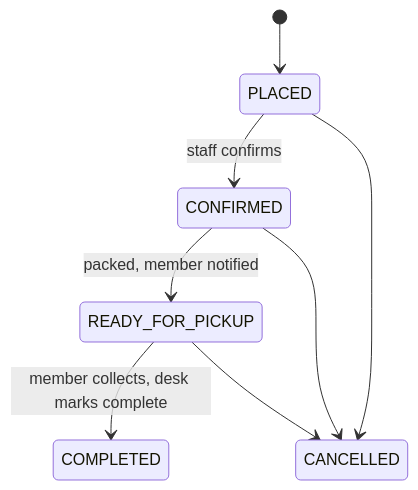
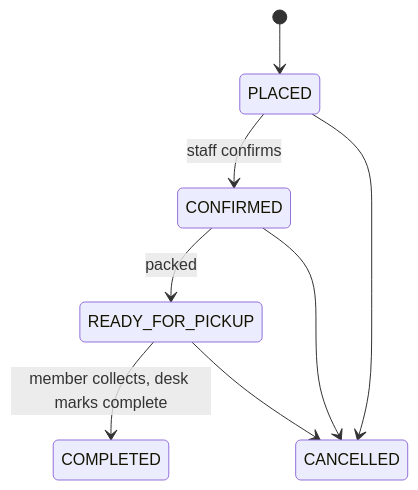
The tenth of 18 diagrams in docs/workflows/USER_FLOWS.md (OjasPurohit/Meridian-Bay), drawn with Mermaid before and after one commit. The commit also changed other lines of this file and 276 other files, not shown here.

````diff
--- a/docs/workflows/USER_FLOWS.md
+++ b/docs/workflows/USER_FLOWS.md
@@ -245,10 +209,10 @@
 ```mermaid
 stateDiagram-v2
   [*] --> PLACED
   PLACED --> CONFIRMED : staff confirms
-  CONFIRMED --> READY_FOR_PICKUP : packed, member notified
+  CONFIRMED --> READY_FOR_PICKUP : packed
   READY_FOR_PICKUP --> COMPLETED : member collects, desk marks complete
   PLACED --> CANCELLED
   CONFIRMED --> CANCELLED
   READY_FOR_PICKUP --> CANCELLED
 ```
````
